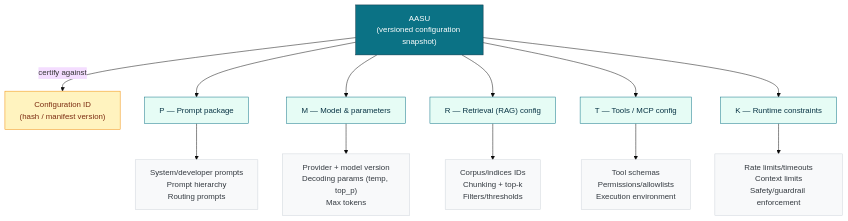
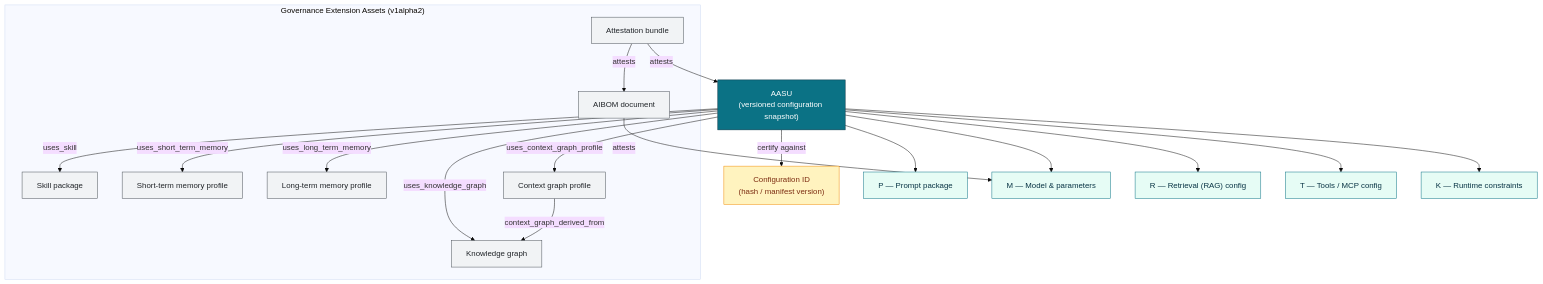
One commit to SAISec/AASU changed the first of 10 diagrams in AASU_White_Paper_Consolidated_v2_2.md. Above: the diagram before and after it, drawn with Mermaid (base theme). The commit also changed other lines of this file and 3 other files, not shown here.

Commit message:
docs(whitepaper): update mermaid diagrams for v1alpha2 governance model

````diff
--- a/AASU_White_Paper_Consolidated_v2_2.md
+++ b/AASU_White_Paper_Consolidated_v2_2.md
@@ -66,29 +66,43 @@
 ```mermaid
 flowchart TB
   A["AASU<br/>(versioned configuration snapshot)"]:::aasu
   ID["Configuration ID<br/>(hash / manifest version)"]:::id
 
   P["P — Prompt package"]:::comp
   M["M — Model & parameters"]:::comp
   R["R — Retrieval (RAG) config"]:::comp
   T["T — Tools / MCP config"]:::comp
   K["K — Runtime constraints"]:::comp
 
   A --> P
   A --> M
   A --> R
   A --> T
   A --> K
   A -->|certify against| ID
 
-  P --> Pdetail["System/developer prompts<br/>Prompt hierarchy<br/>Routing prompts"]:::detail
-  M --> Mdetail["Provider + model version<br/>Decoding params (temp, top_p)<br/>Max tokens"]:::detail
-  R --> Rdetail["Corpus/indices IDs<br/>Chunking + top-k<br/>Filters/thresholds"]:::detail
-  T --> Tdetail["Tool schemas<br/>Permissions/allowlists<br/>Execution environment"]:::detail
-  K --> Kdetail["Rate limits/timeouts<br/>Context limits<br/>Safety/guardrail enforcement"]:::detail
+  subgraph G["Governance Extension Assets (v1alpha2)"]
+    S["Skill package"]:::ext
+    STM["Short-term memory profile"]:::ext
+    LTM["Long-term memory profile"]:::ext
+    KG["Knowledge graph"]:::ext
+    CG["Context graph profile"]:::ext
+    BOM["AIBOM document"]:::ext
+    ATT["Attestation bundle"]:::ext
+  end
+
+  A -->|uses_skill| S
+  A -->|uses_short_term_memory| STM
+  A -->|uses_long_term_memory| LTM
+  A -->|uses_knowledge_graph| KG
+  A -->|uses_context_graph_profile| CG
+  CG -->|context_graph_derived_from| KG
+  BOM -->|attests| M
+  ATT -->|attests| A
+  ATT -->|attests| BOM
 
   classDef aasu fill:#0b7285,stroke:#083344,color:#ffffff;
   classDef id fill:#fff3bf,stroke:#f08c00,color:#7c2d12;
   classDef comp fill:#e6fcf5,stroke:#0b7285,color:#083344;
-  classDef detail fill:#f8f9fa,stroke:#ced4da,color:#343a40;
+  classDef ext fill:#f1f3f5,stroke:#495057,color:#212529;
 ```
````
